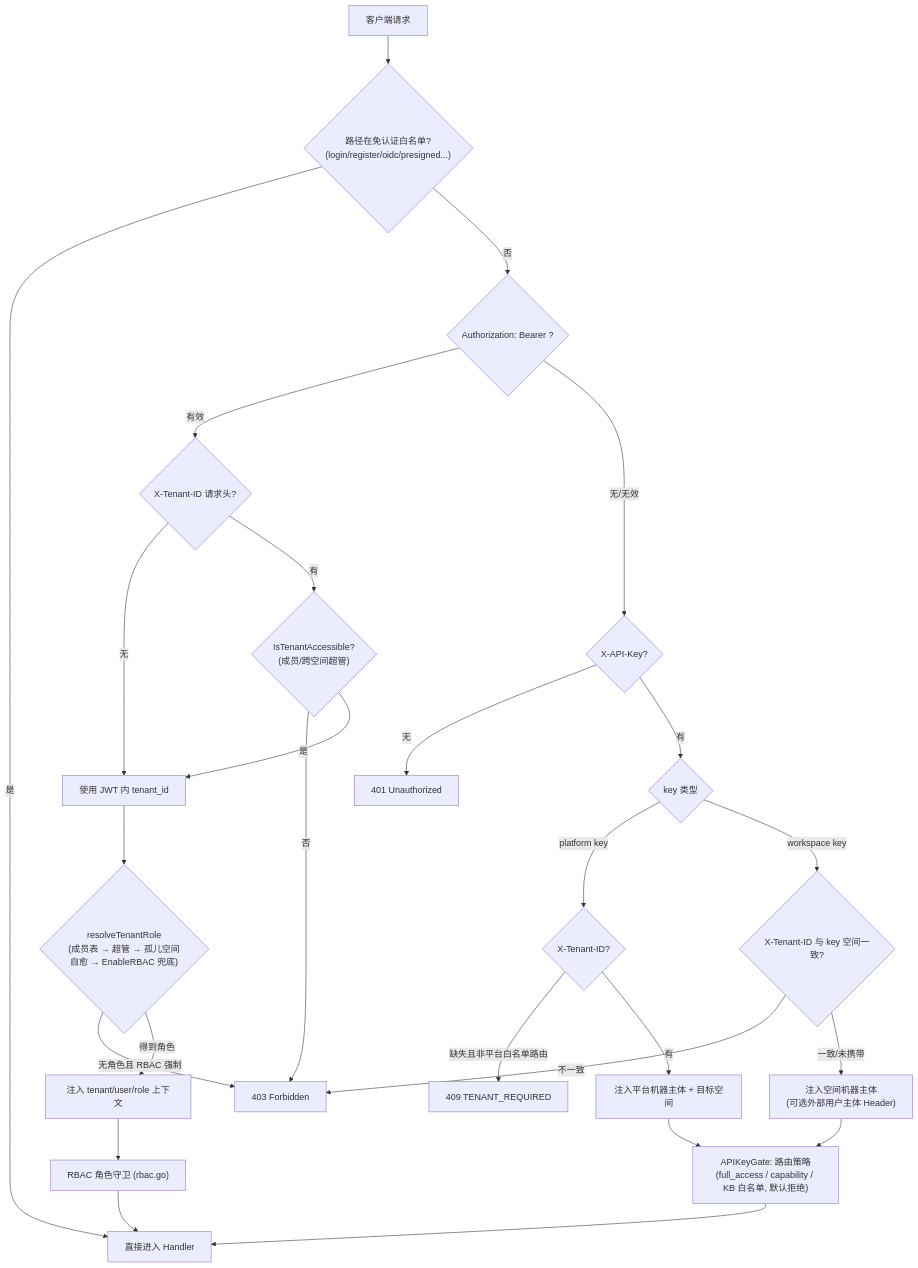
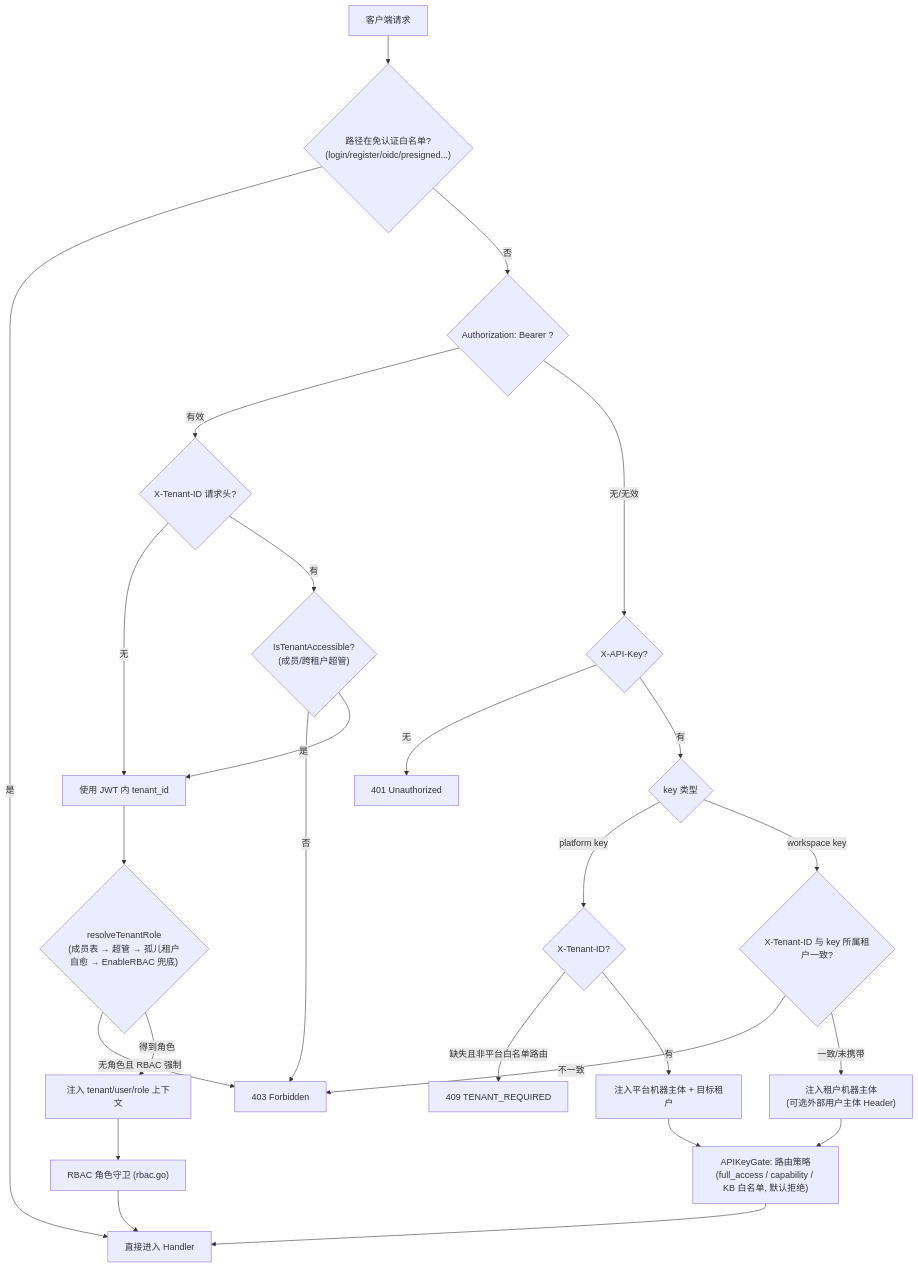
One commit to qinlei131479/WeKnora changed the diagram in apps/docs/04-api/01-api-overview.md. Above: the diagram before and after it, drawn with Mermaid. The commit also changed other lines of this file and 58 other files, not shown here.

````diff
--- a/apps/docs/04-api/01-api-overview.md
+++ b/apps/docs/04-api/01-api-overview.md
@@ -58,28 +58,28 @@
 ```mermaid
 flowchart TD
     A["客户端请求"] --> B{"路径在免认证白名单?<br/>(login/register/oidc/presigned...)"}
     B -- "是" --> H["直接进入 Handler"]
     B -- "否" --> C{"Authorization: Bearer <JWT>?"}
     C -- "有效" --> D{"X-Tenant-ID 请求头?"}
     D -- "无" --> E["使用 JWT 内 tenant_id"]
-    D -- "有" --> F{"IsTenantAccessible?<br/>(成员/跨空间超管)"}
+    D -- "有" --> F{"IsTenantAccessible?<br/>(成员/跨租户超管)"}
     F -- "否" --> G["403 Forbidden"]
     F -- "是" --> E
-    E --> R{"resolveTenantRole<br/>(成员表 → 超管 → 孤儿空间自愈 → EnableRBAC 兜底)"}
+    E --> R{"resolveTenantRole<br/>(成员表 → 超管 → 孤儿租户自愈 → EnableRBAC 兜底)"}
     R -- "无角色且 RBAC 强制" --> G
     R -- "得到角色" --> P["注入 tenant/user/role 上下文"]
     C -- "无/无效" --> K{"X-API-Key?"}
     K -- "无" --> U["401 Unauthorized"]
     K -- "有" --> L{"key 类型"}
     L -- "platform key" --> M{"X-Tenant-ID?"}
     M -- "缺失且非平台白名单路由" --> V["409 TENANT_REQUIRED"]
-    M -- "有" --> P2["注入平台机器主体 + 目标空间"]
-    L -- "workspace key" --> N{"X-Tenant-ID 与 key 空间一致?"}
+    M -- "有" --> P2["注入平台机器主体 + 目标租户"]
+    L -- "workspace key" --> N{"X-Tenant-ID 与 key 所属租户一致?"}
     N -- "不一致" --> G
-    N -- "一致/未携带" --> P3["注入空间机器主体<br/>(可选外部用户主体 Header)"]
+    N -- "一致/未携带" --> P3["注入租户机器主体<br/>(可选外部用户主体 Header)"]
     P --> Q["RBAC 角色守卫 (rbac.go)"]
     P2 --> S["APIKeyGate: 路由策略<br/>(full_access / capability / KB 白名单, 默认拒绝)"]
     P3 --> S
     Q --> H
     S --> H
 ```
````
